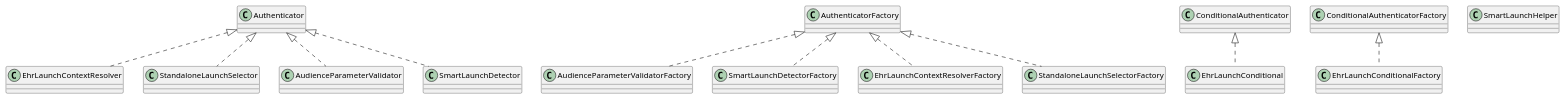
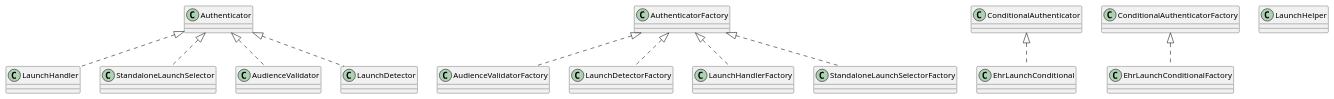
The diagram in smart-on-fhir-spi/diagrams/com_zedwerks_keycloak_authenticators_smart_classes.puml (zedwerks/keycloak-smart-fhir), drawn with PlantUML before and after one commit. The commit also changed 31 other files, not shown here.

```diff
--- a/smart-on-fhir-spi/diagrams/com_zedwerks_keycloak_authenticators_smart_classes.puml
+++ b/smart-on-fhir-spi/diagrams/com_zedwerks_keycloak_authenticators_smart_classes.puml
@@ -1,24 +1,24 @@
 @startuml
 skinparam classAttributeIconSize 0
-class EhrLaunchContextResolver {}
-Authenticator <|.. EhrLaunchContextResolver
-class AudienceParameterValidatorFactory {}
-AuthenticatorFactory <|.. AudienceParameterValidatorFactory
+class LaunchHandler {}
+Authenticator <|.. LaunchHandler
+class AudienceValidatorFactory {}
+AuthenticatorFactory <|.. AudienceValidatorFactory
 class StandaloneLaunchSelector {}
 Authenticator <|.. StandaloneLaunchSelector
-class AudienceParameterValidator {}
-Authenticator <|.. AudienceParameterValidator
+class AudienceValidator {}
+Authenticator <|.. AudienceValidator
 class EhrLaunchConditional {}
 ConditionalAuthenticator <|.. EhrLaunchConditional
 class EhrLaunchConditionalFactory {}
 ConditionalAuthenticatorFactory <|.. EhrLaunchConditionalFactory
-class SmartLaunchDetector {}
-Authenticator <|.. SmartLaunchDetector
-class SmartLaunchHelper {}
-class SmartLaunchDetectorFactory {}
-AuthenticatorFactory <|.. SmartLaunchDetectorFactory
-class EhrLaunchContextResolverFactory {}
-AuthenticatorFactory <|.. EhrLaunchContextResolverFactory
+class LaunchDetector {}
+Authenticator <|.. LaunchDetector
+class LaunchHelper {}
+class LaunchDetectorFactory {}
+AuthenticatorFactory <|.. LaunchDetectorFactory
+class LaunchHandlerFactory {}
+AuthenticatorFactory <|.. LaunchHandlerFactory
 class StandaloneLaunchSelectorFactory {}
 AuthenticatorFactory <|.. StandaloneLaunchSelectorFactory
 @enduml
```
